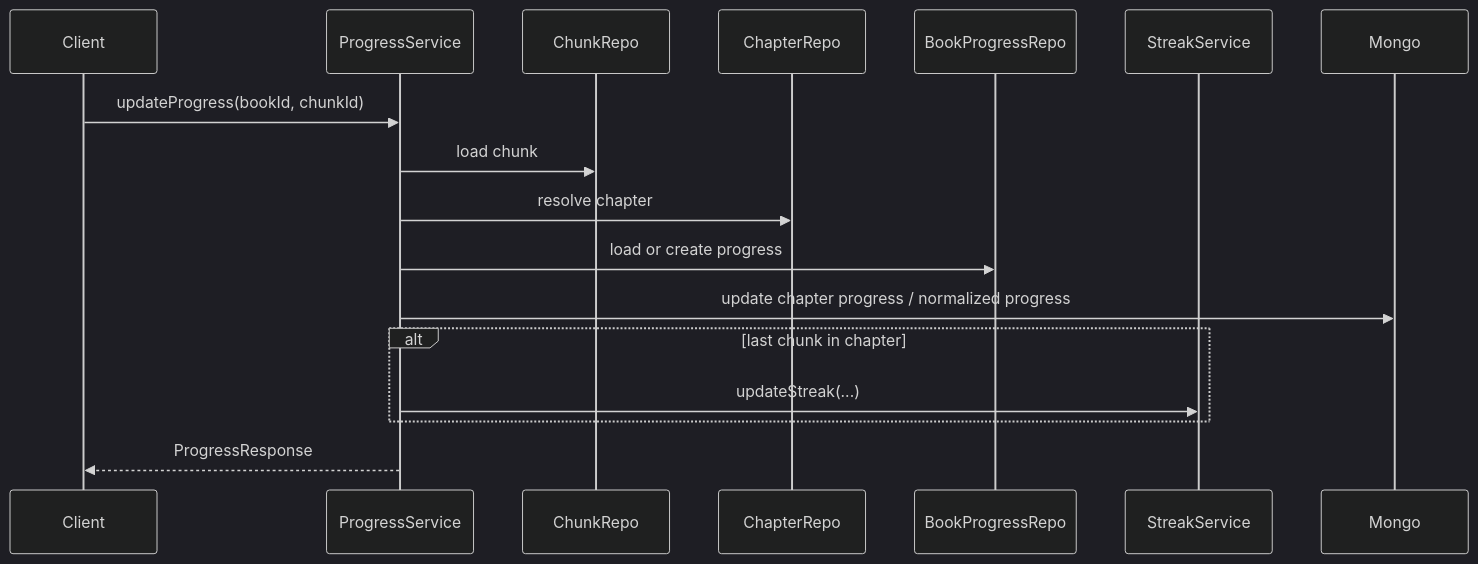
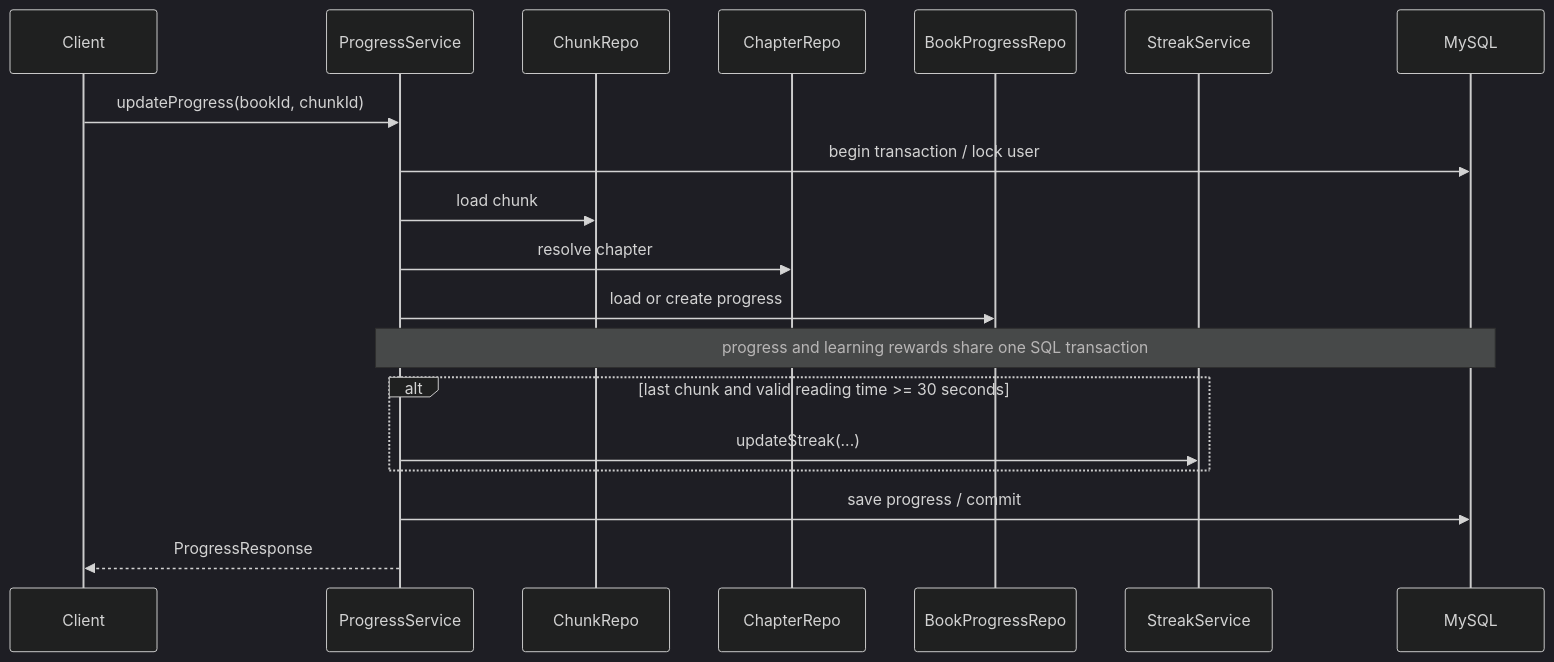
Before and after one commit to SWM16-ASAP/back-server: the third of 3 diagrams in docs/architecture/content-book.md, drawn with Mermaid (dark theme). The commit also changed other lines of this file and 33 other files, not shown here.

Commit message:
refactor(content): migrate reading progress to mysql

````diff
--- a/docs/architecture/content-book.md
+++ b/docs/architecture/content-book.md
@@ -106,20 +107,22 @@
 ```mermaid
 sequenceDiagram
     participant Client
     participant ProgressService
     participant ChunkRepo
     participant ChapterRepo
     participant BookProgressRepo
     participant StreakService
-    participant Mongo
+    participant MySQL
 
     Client->>ProgressService: updateProgress(bookId, chunkId)
+    ProgressService->>MySQL: begin transaction / lock user
     ProgressService->>ChunkRepo: load chunk
     ProgressService->>ChapterRepo: resolve chapter
     ProgressService->>BookProgressRepo: load or create progress
-    ProgressService->>Mongo: update chapter progress / normalized progress
-    alt last chunk in chapter
+    Note over ProgressService,MySQL: progress and learning rewards share one SQL transaction
+    alt last chunk and valid reading time >= 30 seconds
         ProgressService->>StreakService: updateStreak(...)
     end
+    ProgressService->>MySQL: save progress / commit
     ProgressService-->>Client: ProgressResponse
 ```
````
